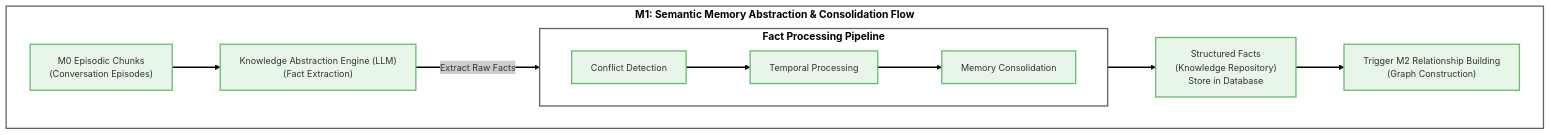
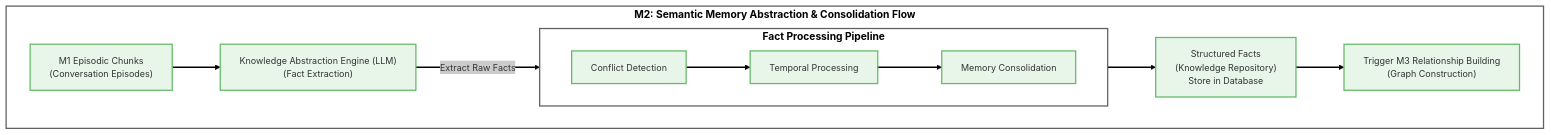
Before and after one commit to memfuse/memfuse: the second of 8 diagrams in docs/architecture/memory.md, drawn with Mermaid. The commit also changed other lines of this file and 17 other files, not shown here.

First line of the commit message:
feat(memory): update memory layer architecture and introduce M3 layer

````diff
--- a/docs/architecture/memory.md
+++ b/docs/architecture/memory.md
@@ -338,23 +387,23 @@
 ```mermaid
 ---
 config:
   theme: neo
 ---
 graph TD
-    subgraph m1_flow ["M1: Semantic Memory Abstraction & Consolidation Flow"]
-        Input["M0 Episodic Chunks<br/>(Conversation Episodes)"] --> AbstractionEngine["Knowledge Abstraction Engine (LLM)<br/>(Fact Extraction)"]
+    subgraph m2_flow ["M2: Semantic Memory Abstraction & Consolidation Flow"]
+        Input["M1 Episodic Chunks<br/>(Conversation Episodes)"] --> AbstractionEngine["Knowledge Abstraction Engine (LLM)<br/>(Fact Extraction)"]
         subgraph processing_sub ["Fact Processing Pipeline"]
             direction LR
             ConflictDetection["Conflict Detection"] --> TemporalProcessing["Temporal Processing"] --> Consolidation["Memory Consolidation"]
         end
         AbstractionEngine -- "Extract Raw Facts" --> processing_sub
         processing_sub --> Output["Structured Facts<br/>(Knowledge Repository)<br/>Store in Database"]
-        Output --> TriggerM2["Trigger M2 Relationship Building<br/>(Graph Construction)"]
+        Output --> TriggerM3["Trigger M3 Relationship Building<br/>(Graph Construction)"]
     end
     classDef default fill:#fff,stroke:#333,stroke-width:2px,font-size:14px,white-space:nowrap;
     classDef header_style stroke:#616161,stroke-width:2px,color:black,font-weight:bold,font-size:16px,white-space:nowrap;
     classDef node_style fill:#E8F5E9,stroke:#66BB6A;
-    class Input,AbstractionEngine,ConflictDetection,TemporalProcessing,Consolidation,Output,TriggerM2 node_style;
-    m1_flow:::header_style;
+    class Input,AbstractionEngine,ConflictDetection,TemporalProcessing,Consolidation,Output,TriggerM3 node_style;
+    m2_flow:::header_style;
     processing_sub:::header_style;
 ```
````
